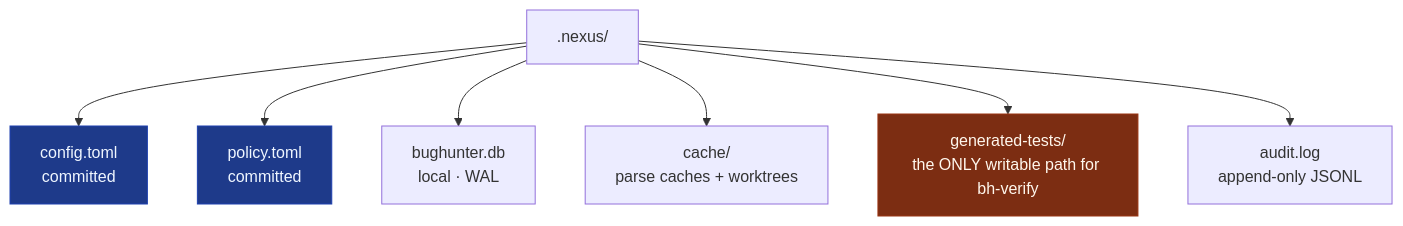
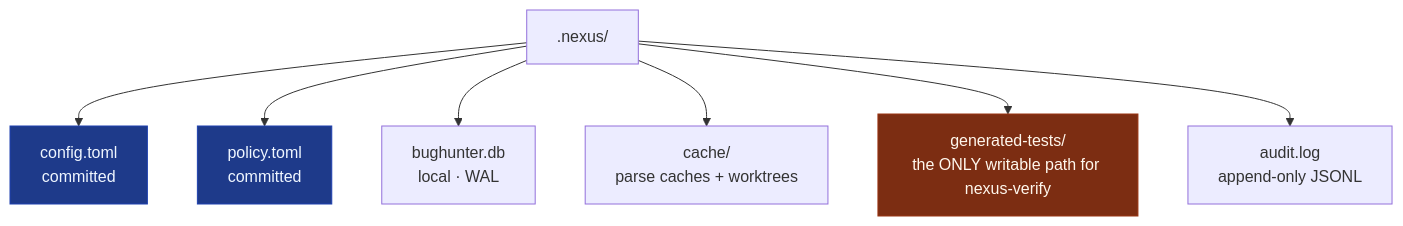
The fourth of 4 diagrams in docs/diagrams/system-architecture.md (zorigtbaatarAst/nexus), drawn with Mermaid before and after one commit. The commit also changed other lines of this file and 19 other files, not shown here.

````diff
--- a/docs/diagrams/system-architecture.md
+++ b/docs/diagrams/system-architecture.md
@@ -109,15 +109,15 @@
 ```mermaid
 flowchart TD
     ROOT[".nexus/"]
     ROOT --> CFG["config.toml<br/>committed"]
     ROOT --> POL["policy.toml<br/>committed"]
     ROOT --> DB["bughunter.db<br/>local · WAL"]
     ROOT --> CACHE["cache/<br/>parse caches + worktrees"]
-    ROOT --> GEN["generated-tests/<br/>the ONLY writable path for bh-verify"]
+    ROOT --> GEN["generated-tests/<br/>the ONLY writable path for nexus-verify"]
     ROOT --> AUD["audit.log<br/>append-only JSONL"]
 
     classDef committed fill:#1e3a8a,stroke:#1e40af,color:#eff6ff
     classDef jail fill:#7c2d12,stroke:#9a3412,color:#fff7ed
     class CFG,POL committed
     class GEN jail
 ```
````
